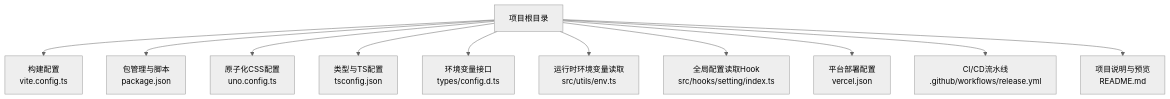
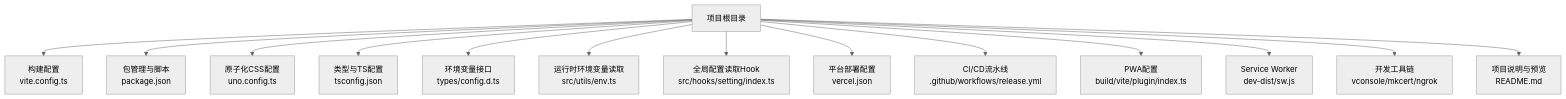
Before and after one commit to giserman001/vue3-vant4-mobile: the first of 7 diagrams in .qoder/repowiki/zh/content/构建与部署.md, drawn with Mermaid (neutral theme). The commit also changed other lines of this file and 4 other files, not shown here.

````diff
--- a/.qoder/repowiki/zh/content/构建与部署.md
+++ b/.qoder/repowiki/zh/content/构建与部署.md
@@ -40,13 +60,16 @@
 ```mermaid
 graph TB
 A["项目根目录"] --> B["构建配置<br/>vite.config.ts"]
 A --> C["包管理与脚本<br/>package.json"]
 A --> D["原子化CSS配置<br/>uno.config.ts"]
 A --> E["类型与TS配置<br/>tsconfig.json"]
 A --> F["环境变量接口<br/>types/config.d.ts"]
 A --> G["运行时环境变量读取<br/>src/utils/env.ts"]
 A --> H["全局配置读取Hook<br/>src/hooks/setting/index.ts"]
 A --> I["平台部署配置<br/>vercel.json"]
 A --> J["CI/CD流水线<br/>.github/workflows/release.yml"]
-A --> K["项目说明与预览<br/>README.md"]
+A --> K["PWA配置<br/>build/vite/plugin/index.ts"]
+A --> L["Service Worker<br/>dev-dist/sw.js"]
+A --> M["开发工具链<br/>vconsole/mkcert/ngrok"]
+A --> N["项目说明与预览<br/>README.md"]
 ```
````
